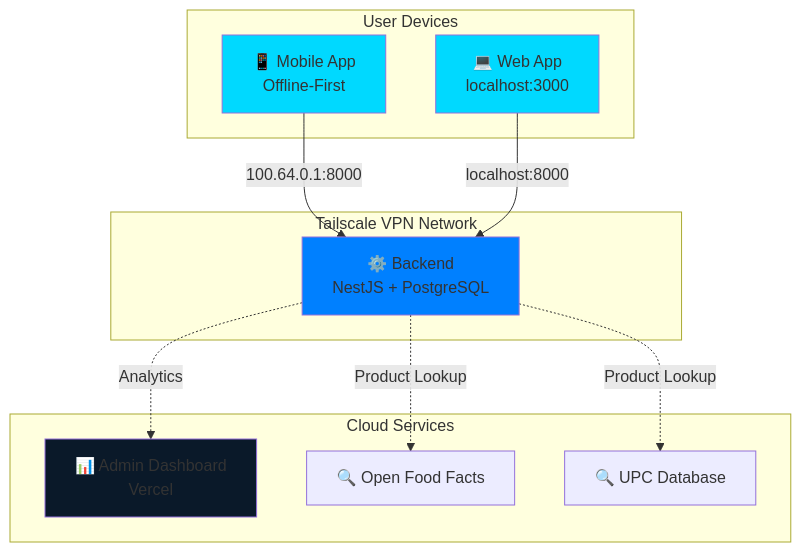
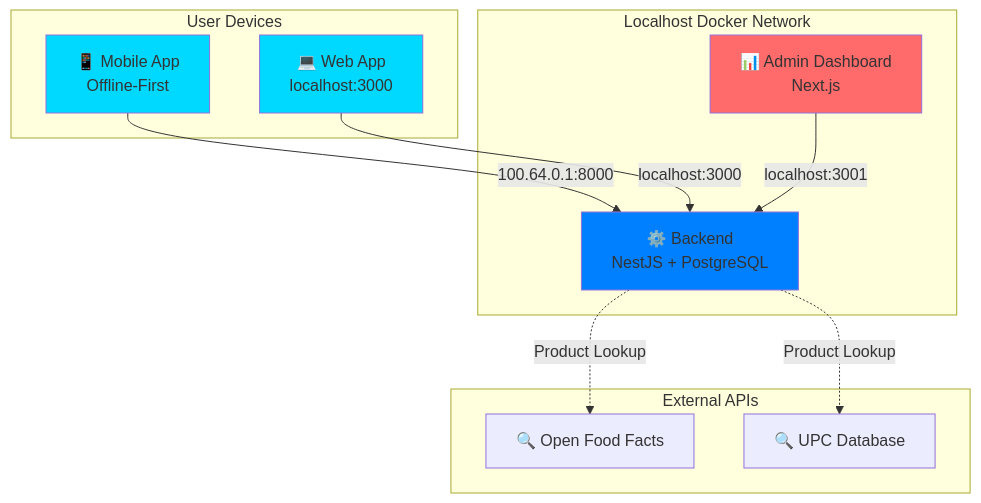
The sixth of 6 diagrams in docs/architecture-plan.md (nishan-paul-2022/barcody-barcode-scanner-for-anything), drawn with Mermaid before and after one commit. The commit also changed other lines of this file and 1 other file, not shown here.

Commit message:
feat: Migrate Admin Dashboard to local Docker deployment with a dedicated backend admin API and update related architecture and tasks.

````diff
--- a/docs/architecture-plan.md
+++ b/docs/architecture-plan.md
@@ -1819,28 +1835,28 @@
 ```mermaid
 graph TB
     subgraph "User Devices"
         M[📱 Mobile App<br/>Offline-First]
         W[💻 Web App<br/>localhost:3000]
     end
 
-    subgraph "Tailscale VPN Network"
+    subgraph "Localhost Docker Network"
         B[⚙️ Backend<br/>NestJS + PostgreSQL]
+        A[📊 Admin Dashboard<br/>Next.js]
     end
 
-    subgraph "Cloud Services"
-        A[📊 Admin Dashboard<br/>Vercel]
+    subgraph "External APIs"
         API1[🔍 Open Food Facts]
         API2[🔍 UPC Database]
     end
 
     M -->|100.64.0.1:8000| B
-    W -->|localhost:8000| B
-    B -.->|Analytics| A
+    W -->|localhost:3000| B
+    A -->|localhost:3001| B
     B -.->|Product Lookup| API1
     B -.->|Product Lookup| API2
 
     style M fill:#00D9FF
     style W fill:#00D9FF
     style B fill:#0080FF
-    style A fill:#0A1929
+    style A fill:#FF6B6B
 ```
````
